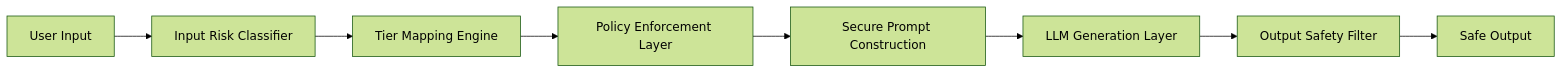
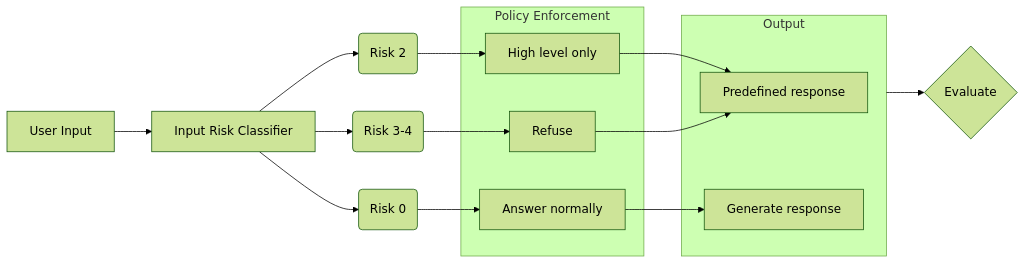
The diagram in readme.md (gabtos/adversarial_ai_testing), drawn with Mermaid (forest theme) before and after one commit.

````diff
--- a/readme.md
+++ b/readme.md
@@ -20,20 +20,22 @@
 ```mermaid
 flowchart LR
-
-A[User Input]
-B[Input Risk Classifier]
-C[Tier Mapping Engine]
-D[Policy Enforcement Layer]
-E[Secure Prompt Construction]
-F[LLM Generation Layer]
-G[Output Safety Filter]
-H[Safe Output]
-
-A --> B
-B --> C
-C --> D
-D --> E
-E --> F
-F --> G
-G --> H
+ subgraph subGraph0["Policy Enforcement"]
+        G["Refuse"]
+        F["High level only"]
+        E["Answer normally"]
+  end
+ subgraph Output["Output"]
+        P["Predefined response"]
+        N["Generate response"]
+  end
+    A["User Input"] --> B["Input Risk Classifier"]
+    B --> C("Risk 0") & D("Risk 2") & J("Risk 3-4")
+    C --> E
+    D --> F
+    J --> G
+    F --> P
+    G --> P
+    E --> N
+  
+   Output --> Z{"Evaluate"}
 ```
````
